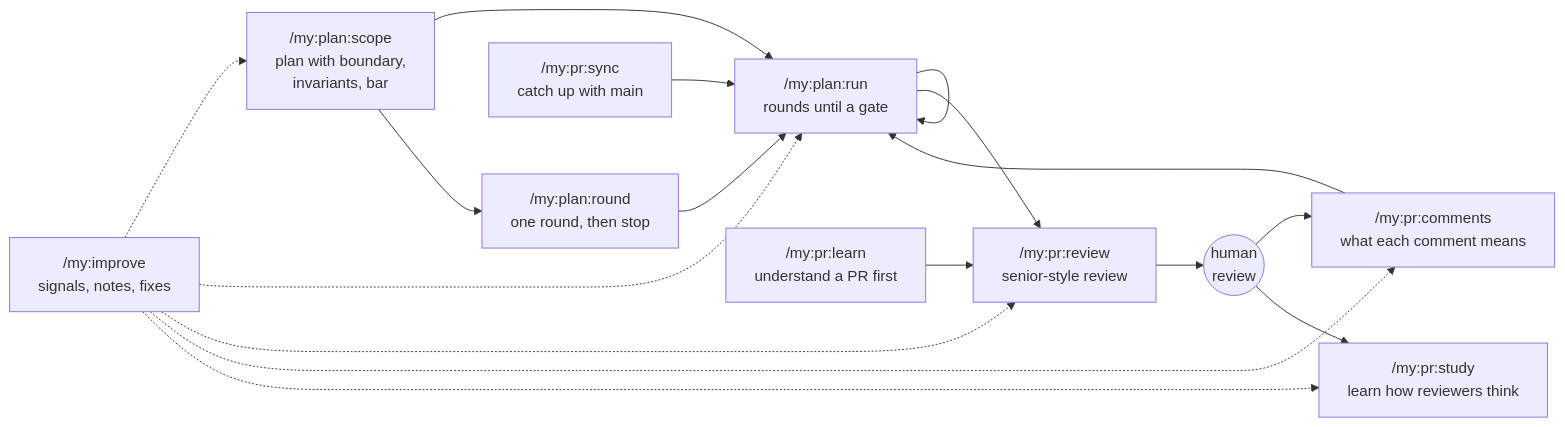
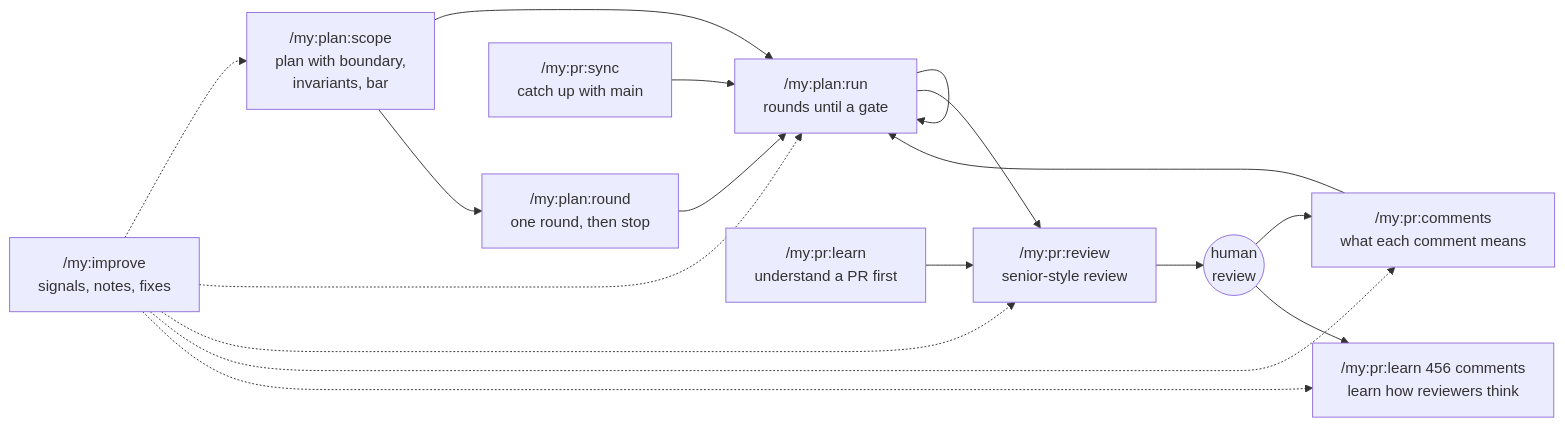
One commit to lorenzocadamuro/my-agent-kit changed the diagram in README.md. Above: the diagram before and after it, drawn with Mermaid. The commit also changed other lines of this file and 9 other files, not shown here.

````diff
--- a/README.md
+++ b/README.md
@@ -23,15 +23,15 @@
 ```mermaid
 flowchart LR
     A["/my:plan:scope<br/>plan with boundary,<br/>invariants, bar"] --> R["/my:plan:run<br/>rounds until a gate"]
     A --> O["/my:plan:round<br/>one round, then stop"]
     O --> R
     R --> R
     Y["/my:pr:sync<br/>catch up with main"] --> R
     R --> V["/my:pr:review<br/>senior-style review"]
     N["/my:pr:learn<br/>understand a PR first"] --> V
     V --> H(("human<br/>review"))
     H --> C["/my:pr:comments<br/>what each comment means"]
     C --> R
-    H --> S["/my:pr:study<br/>learn how reviewers think"]
+    H --> S["/my:pr:learn 456 comments<br/>learn how reviewers think"]
     I["/my:improve<br/>signals, notes, fixes"] -.-> A & R & V & C & S
 ```
````
